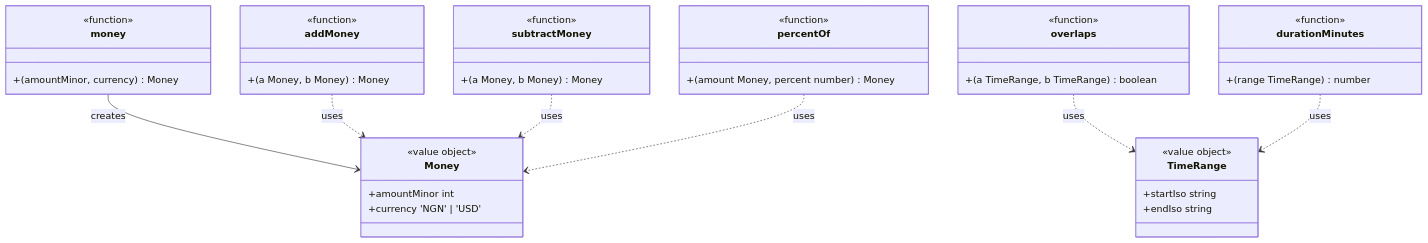
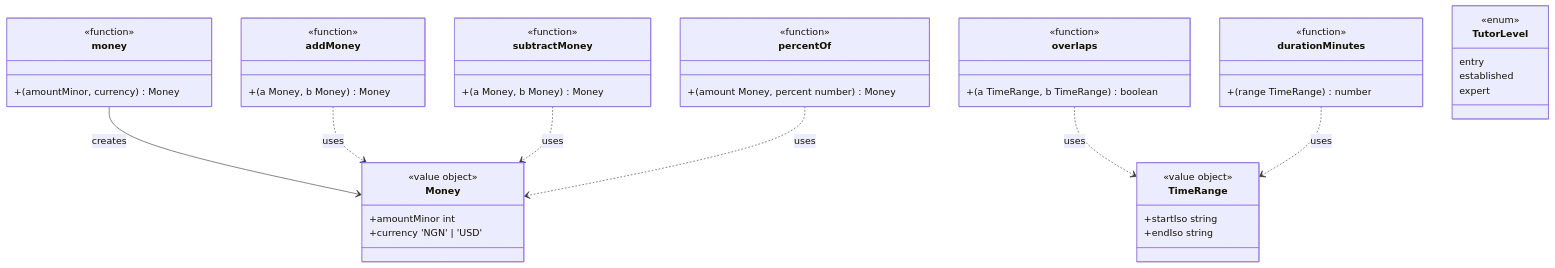
One commit to theforge-x/mojo changed the first of 22 diagrams in docs/uml/02-class-diagrams.md. Above: the diagram before and after it, drawn with Mermaid. The commit also changed other lines of this file and 87 other files, not shown here.

First line of the commit message:
feat: full-depth modules, enforced clean-architecture boundaries, vitest aliases

````diff
--- a/docs/uml/02-class-diagrams.md
+++ b/docs/uml/02-class-diagrams.md
@@ -24,43 +24,49 @@
 ```mermaid
 classDiagram
     class Money {
         <<value object>>
         +amountMinor int
         +currency 'NGN' | 'USD'
     }
     class TimeRange {
         <<value object>>
         +startIso string
         +endIso string
     }
     class money {
         <<function>>
         +(amountMinor, currency) Money
     }
     class addMoney {
         <<function>>
         +(a Money, b Money) Money
     }
     class subtractMoney {
         <<function>>
         +(a Money, b Money) Money
     }
     class percentOf {
         <<function>>
         +(amount Money, percent number) Money
     }
     class overlaps {
         <<function>>
         +(a TimeRange, b TimeRange) boolean
     }
     class durationMinutes {
         <<function>>
         +(range TimeRange) number
     }
+    class TutorLevel {
+        <<enum>>
+        entry
+        established
+        expert
+    }
     money --> Money : creates
     addMoney ..> Money : uses
     subtractMoney ..> Money : uses
     percentOf ..> Money : uses
     overlaps ..> TimeRange : uses
     durationMinutes ..> TimeRange : uses
 ```
````
